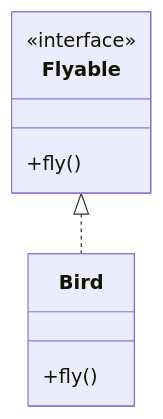
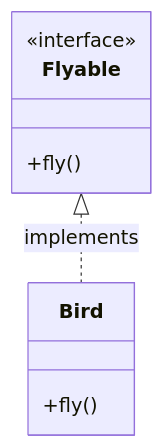
Before and after one commit to yelm-212/yelm-212.github.io: the eighth of 8 diagrams in _posts/2025-04-15-jcg-essentials.md, drawn with Mermaid. The commit also changed other lines of this file and 1 other file, not shown here.

Commit message:
fix: update Mermaid.js configuration and fix UML diagrams

````diff
--- a/_posts/2025-04-15-jcg-essentials.md
+++ b/_posts/2025-04-15-jcg-essentials.md
@@ -479,11 +476,11 @@
    ```mermaid
    classDiagram
        class Flyable {
            <<interface>>
            +fly()
        }
        class Bird {
            +fly()
        }
-       Flyable <|.. Bird
+       Flyable <|.. Bird : implements
    ```
````
